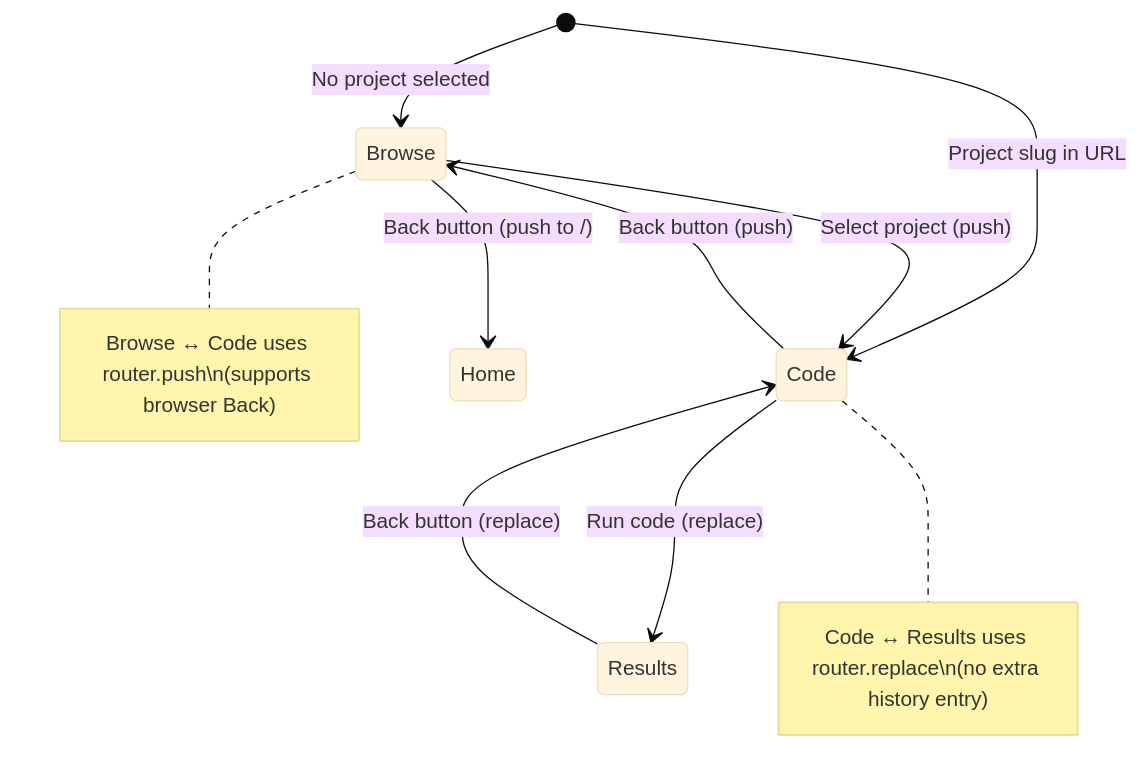
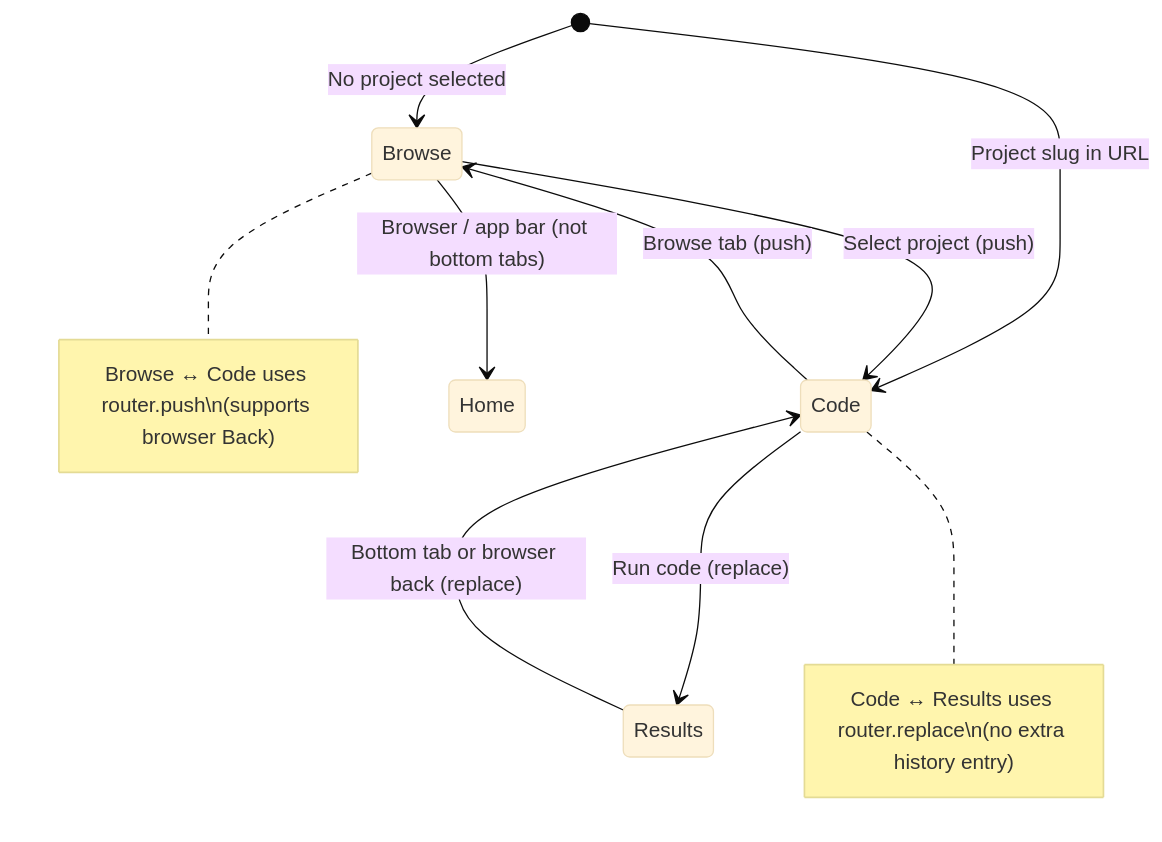
The third of 3 diagrams in docs/MOBILE_PLAYGROUND.md (mkayander/dStruct), drawn with Mermaid (base theme) before and after one commit. The commit also changed other lines of this file and 3 other files, not shown here.

````diff
--- a/docs/MOBILE_PLAYGROUND.md
+++ b/docs/MOBILE_PLAYGROUND.md
@@ -74,15 +74,15 @@
 ```mermaid
 stateDiagram-v2
     [*] --> Browse : No project selected
     [*] --> Code : Project slug in URL
 
     Browse --> Code : Select project (push)
-    Code --> Browse : Back button (push)
-    Browse --> Home : Back button (push to /)
+    Code --> Browse : Browse tab (push)
+    Browse --> Home : Browser / app bar (not bottom tabs)
 
     Code --> Results : Run code (replace)
-    Results --> Code : Back button (replace)
+    Results --> Code : Bottom tab or browser back (replace)
 
     note right of Code : Code ↔ Results uses router.replace\n(no extra history entry)
     note right of Browse : Browse ↔ Code uses router.push\n(supports browser Back)
 ```
````
